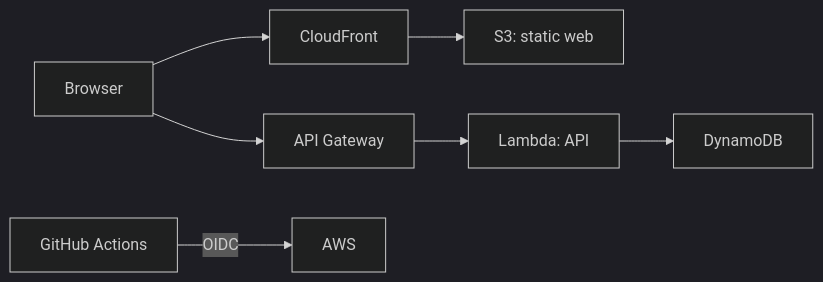
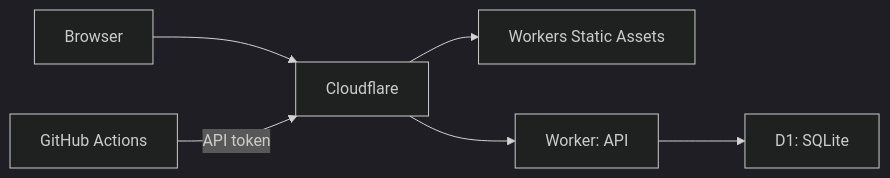
One commit to tonbiattack/personal-webapp-terraform changed the diagram in README.md. Above: the diagram before and after it, drawn with Mermaid (dark theme). The commit also changed other lines of this file and 12 other files, not shown here.

````diff
--- a/README.md
+++ b/README.md
@@ -7,9 +7,8 @@
 ```mermaid
 flowchart LR
-  Browser["Browser"] --> CDN["CloudFront"]
-  CDN --> Web["S3: static web"]
-  Browser --> API["API Gateway"]
-  API --> Lambda["Lambda: API"]
-  Lambda --> DB["DynamoDB"]
-  CI["GitHub Actions"] -->|"OIDC"| AWS["AWS"]
+  Browser["Browser"] --> CF["Cloudflare"]
+  CF --> Web["Workers Static Assets"]
+  CF --> API["Worker: API"]
+  API --> DB["D1: SQLite"]
+  CI["GitHub Actions"] -->|"API token"| CF
 ```
````
